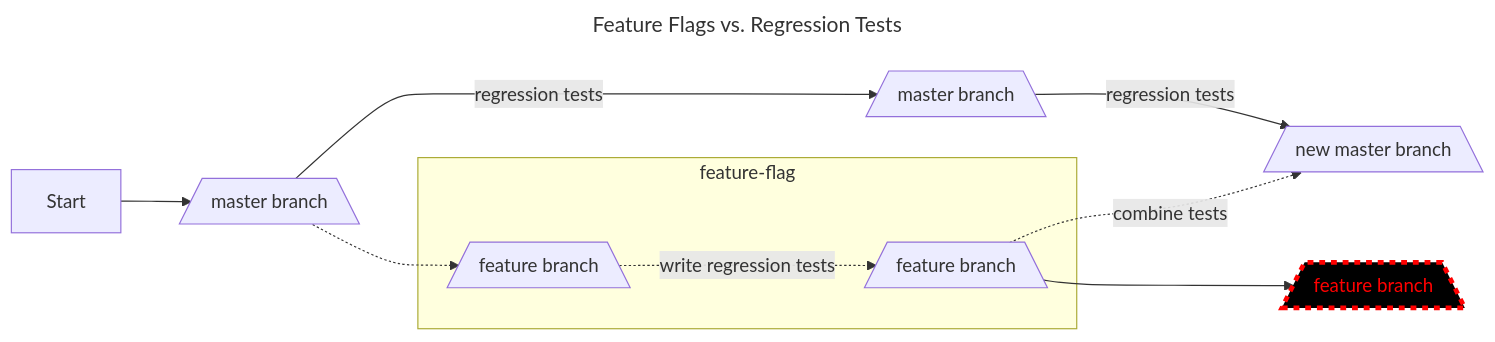
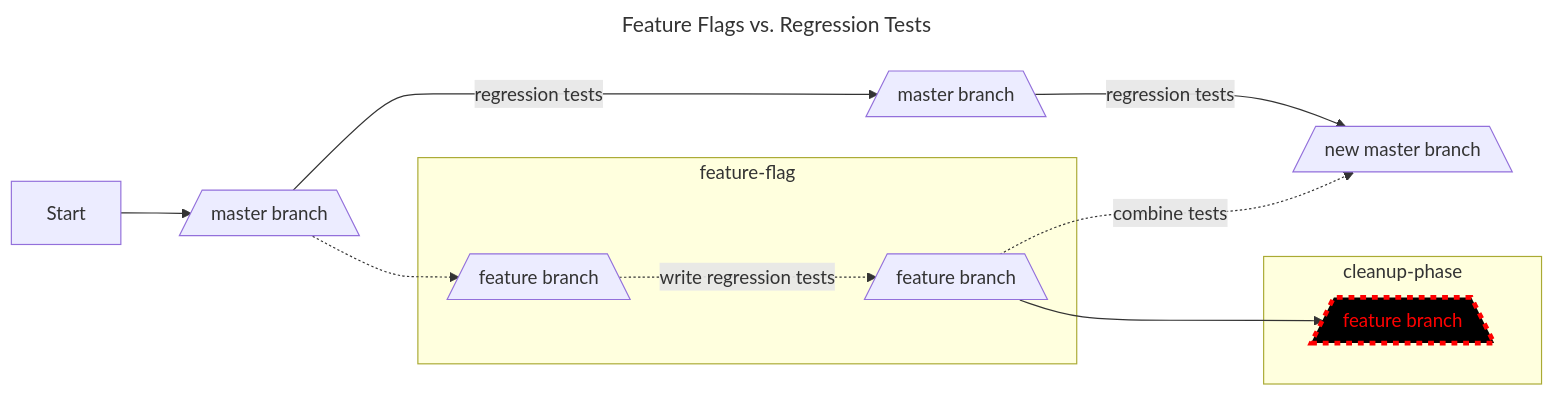
Before and after one commit to jessicahirsch/Mermaid-Diagrams: the diagram in diagrams/diagram1.mmd, drawn with Mermaid.

Commit message:
feat: add cleanup phase

```diff
--- a/diagrams/diagram1.mmd
+++ b/diagrams/diagram1.mmd
@@ -1,15 +1,17 @@
 ---
 title: Feature Flags vs. Regression Tests
 ---
 flowchart LR
 
     Z[Start]-->A[/master branch\]--regression tests-->B[/master branch\]--regression tests-->E[/new master branch\]
     A[/master branch\]-.->C[/feature branch\]
     subgraph feature-flag
     C[/feature branch\]-.write regression tests .->D[/feature branch\]
     D[/feature branch\]
     end feature-flag
     D[/feature branch\]-.combine tests .->E[/new master branch\]
+    subgraph cleanup-phase
     D[/feature branch\]-->F[/feature branch\]
+    end cleanup-phase
 
     style F fill:#000,stroke:#f00,stroke-width:4px,color:#f00,stroke-dasharray: 5 5
```
